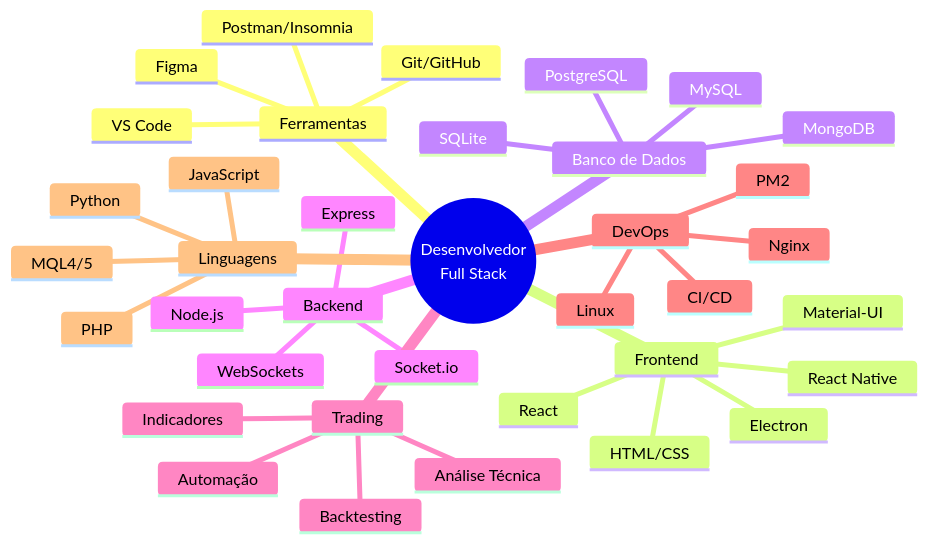
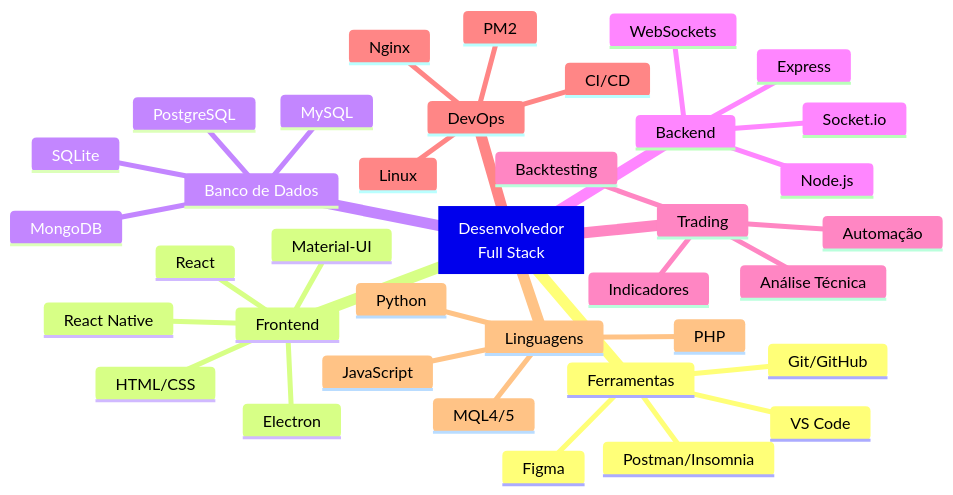
Before and after one commit to AlesonPungirum/AlesonPungirum: the first of 4 diagrams in README.md, drawn with Mermaid.

````diff
--- a/README.md
+++ b/README.md
@@ -38,40 +38,40 @@
 ```mermaid
 mindmap
-  root((Desenvolvedor<br>Full Stack))
+  root[Desenvolvedor<br>Full Stack]
     Ferramentas
       Git/GitHub
       VS Code
       Postman/Insomnia
       Figma
     Frontend
       React
       HTML/CSS
       Material-UI
       React Native
       Electron
     Banco de Dados
       MongoDB
       MySQL
       PostgreSQL
       SQLite
     Backend
       Node.js
       Socket.io
       Express
       WebSockets
     Trading
       Automação
       Análise Técnica
       Indicadores
       Backtesting
     DevOps
       PM2
       Linux
       Nginx
       CI/CD
     Linguagens
       MQL4/5
       JavaScript
       Python
       PHP
 ```
````
